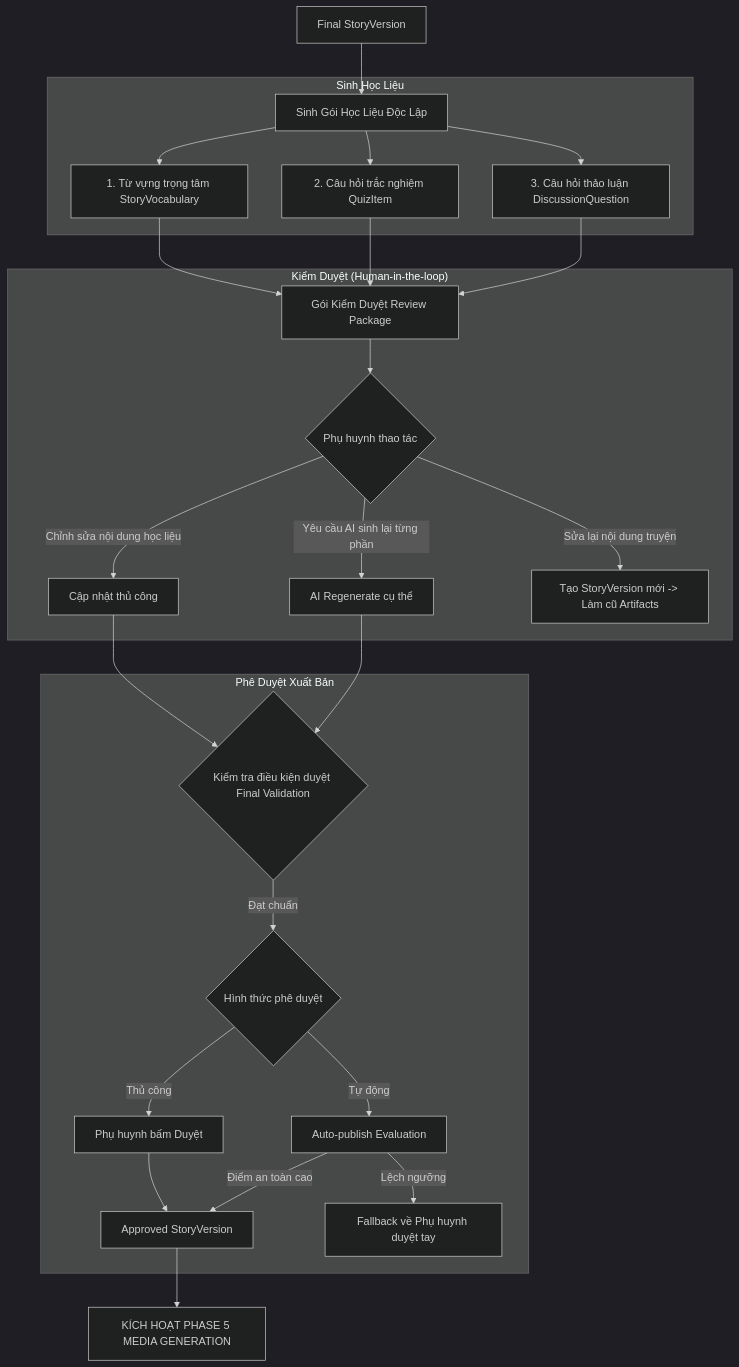
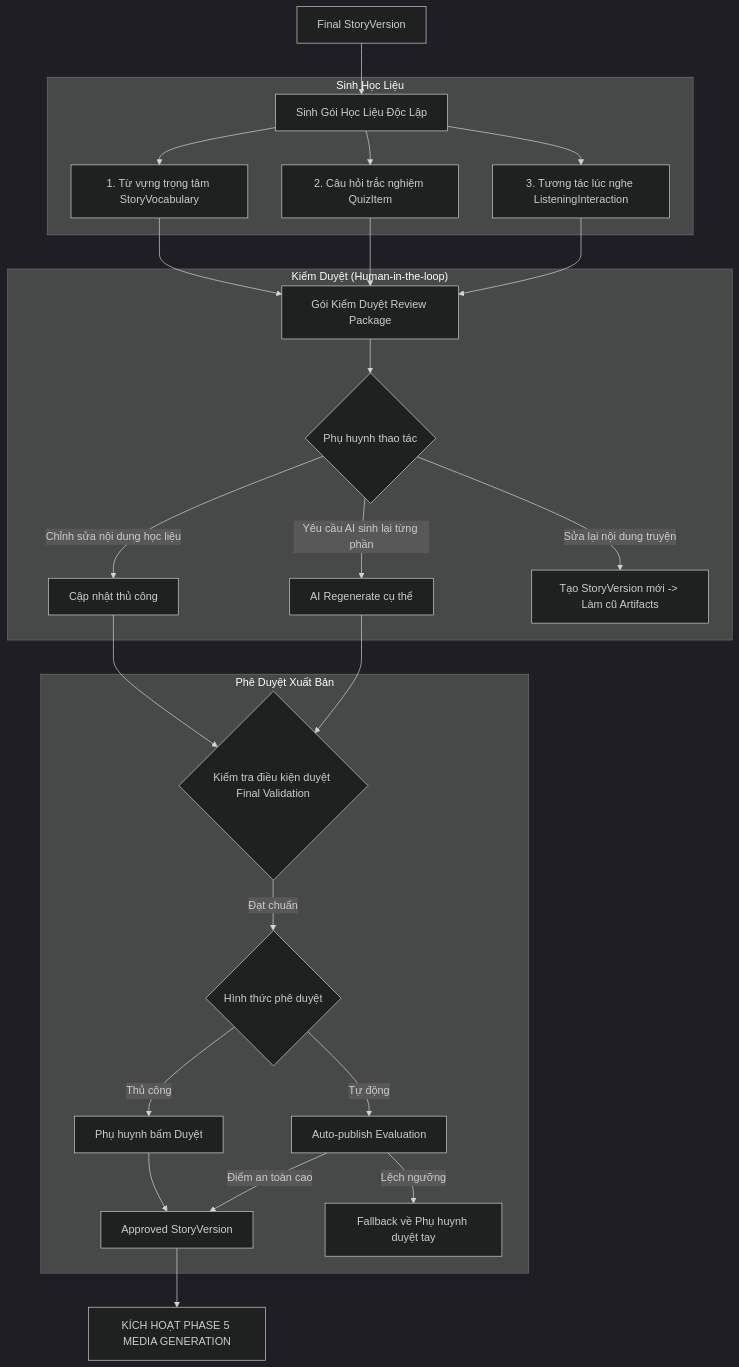
The first of 2 diagrams in src/AI/03_FLOW_2_PHASE_4_TO_5_REVIEW_AND_MULTIMEDIA.md (FA26SE142-GFA26SE04-AI-Storytelling/AI_Storytelling_Backend), drawn with Mermaid (dark theme) before and after one commit. The commit also changed other lines of this file and 170 other files, not shown here.

First line of the commit message:
refactor(discussion): remove discussion questions in favor of listening interactions

````diff
--- a/src/AI/03_FLOW_2_PHASE_4_TO_5_REVIEW_AND_MULTIMEDIA.md
+++ b/src/AI/03_FLOW_2_PHASE_4_TO_5_REVIEW_AND_MULTIMEDIA.md
@@ -11,35 +11,35 @@
 ```mermaid
 flowchart TD
     FSV[Final StoryVersion] --> ARTIFACTS[Sinh Gói Học Liệu Độc Lập]
     
     subgraph GEN["Sinh Học Liệu"]
         ARTIFACTS --> VOCAB[1. Từ vựng trọng tâm StoryVocabulary]
         ARTIFACTS --> QUIZ[2. Câu hỏi trắc nghiệm QuizItem]
-        ARTIFACTS --> DISC[3. Câu hỏi thảo luận DiscussionQuestion]
+        ARTIFACTS --> DISC[3. Tương tác lúc nghe ListeningInteraction]
     end
     
     VOCAB --> PKG[Gói Kiểm Duyệt Review Package]
     QUIZ --> PKG
     DISC --> PKG
     
     subgraph REVIEW["Kiểm Duyệt (Human-in-the-loop)"]
         PKG --> REV_ACT{Phụ huynh thao tác}
         REV_ACT -->|Chỉnh sửa nội dung học liệu| EDIT[Cập nhật thủ công]
         REV_ACT -->|Yêu cầu AI sinh lại từng phần| REGEN[AI Regenerate cụ thể]
         REV_ACT -->|Sửa lại nội dung truyện| EDIT_STORY[Tạo StoryVersion mới -> Làm cũ Artifacts]
     end
 
     EDIT --> GATE{Kiểm tra điều kiện duyệt Final Validation}
     REGEN --> GATE
     
     subgraph APPROVAL["Phê Duyệt Xuất Bản"]
         GATE -->|Đạt chuẩn| APP_CHOICE{Hình thức phê duyệt}
         APP_CHOICE -->|Thủ công| MANUAL_APP[Phụ huynh bấm Duyệt]
         APP_CHOICE -->|Tự động| AUTO_APP[Auto-publish Evaluation]
         AUTO_APP -->|Điểm an toàn cao| APPR_OK[Approved StoryVersion]
         AUTO_APP -->|Lệch ngưỡng| FALLBACK[Fallback về Phụ huynh duyệt tay]
         MANUAL_APP --> APPR_OK
     end
     
     APPR_OK --> P5[KÍCH HOẠT PHASE 5 MEDIA GENERATION]
 ```
````
